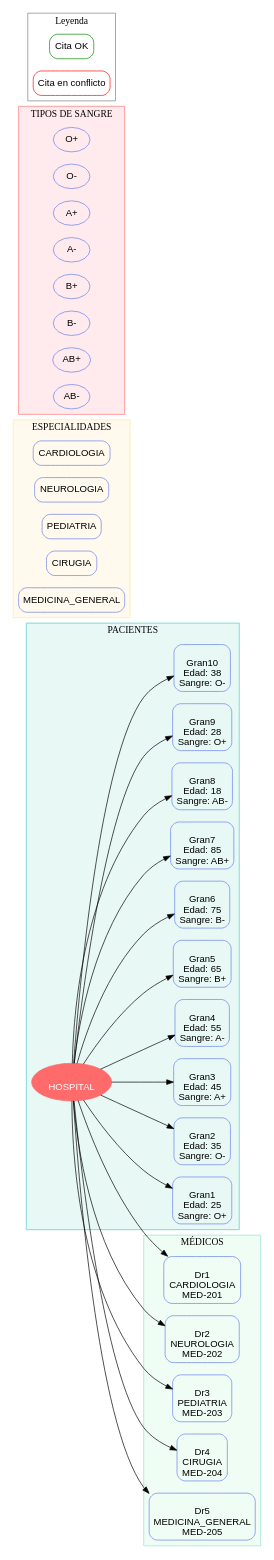
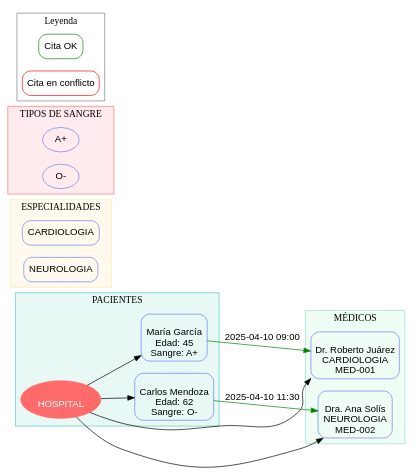
Before and after one commit to JimH0202/1S2026_-LFPA-_-202303768: the diagram in PROYECTO 1/hospital_grafo.dot, drawn with Graphviz. The commit also changed 10 other files, not shown here.

```diff
--- a/PROYECTO 1/hospital_grafo.dot
+++ b/PROYECTO 1/hospital_grafo.dot
@@ -1,92 +1,63 @@
 digraph Hospital {
   rankdir=LR;
   node [shape=box, style=rounded, color="#667eea", fontname="Arial"];
   edge [color="#666", fontname="Arial"];
 
   hospital [label="
 HOSPITAL", shape=ellipse, color="#ff6b6b", fontcolor=white, style=filled];
 
   subgraph cluster_pacientes {
     label="PACIENTES";
     color="#4ecdc4";
     style=filled;
     fillcolor="#e8f8f5";
-    pac_8589 [label="\nGran1\nEdad: 25\nSangre: O+"];
-    hospital -> pac_8589;
-    pac_8994 [label="\nGran2\nEdad: 35\nSangre: O-"];
-    hospital -> pac_8994;
-    pac_6546 [label="\nGran3\nEdad: 45\nSangre: A+"];
-    hospital -> pac_6546;
-    pac_2075 [label="\nGran4\nEdad: 55\nSangre: A-"];
-    hospital -> pac_2075;
-    pac_9594 [label="\nGran5\nEdad: 65\nSangre: B+"];
-    hospital -> pac_9594;
-    pac_5809 [label="\nGran6\nEdad: 75\nSangre: B-"];
-    hospital -> pac_5809;
-    pac_1871 [label="\nGran7\nEdad: 85\nSangre: AB+"];
-    hospital -> pac_1871;
-    pac_5426 [label="\nGran8\nEdad: 18\nSangre: AB-"];
-    hospital -> pac_5426;
-    pac_4722 [label="\nGran9\nEdad: 28\nSangre: O+"];
-    hospital -> pac_4722;
-    pac_7333 [label="\nGran10\nEdad: 38\nSangre: O-"];
-    hospital -> pac_7333;
+    pac_2504 [label="\nMaría García\nEdad: 45\nSangre: A+"];
+    hospital -> pac_2504;
+    pac_803 [label="\nCarlos Mendoza\nEdad: 62\nSangre: O-"];
+    hospital -> pac_803;
   }
 
   subgraph cluster_medicos {
     label="MÉDICOS";
     color="#95e1d3";
     style=filled;
     fillcolor="#f0fdf4";
-    med_7362 [label="\nDr1\nCARDIOLOGIA\nMED-201"];
-    hospital -> med_7362;
-    med_1211 [label="\nDr2\nNEUROLOGIA\nMED-202"];
-    hospital -> med_1211;
-    med_278 [label="\nDr3\nPEDIATRIA\nMED-203"];
-    hospital -> med_278;
-    med_2311 [label="\nDr4\nCIRUGIA\nMED-204"];
-    hospital -> med_2311;
-    med_1065 [label="\nDr5\nMEDICINA_GENERAL\nMED-205"];
-    hospital -> med_1065;
+    med_9689 [label="\nDr. Roberto Juárez\nCARDIOLOGIA\nMED-001"];
+    hospital -> med_9689;
+    med_8193 [label="\nDra. Ana Solís\nNEUROLOGIA\nMED-002"];
+    hospital -> med_8193;
   }
 
   subgraph cluster_citas {
     label="CITAS";
     color="transparent";
+    pac_2504 -> med_9689 [label="2025-04-10 09:00", color="green", style="solid"];
+    pac_803 -> med_8193 [label="2025-04-10 11:30", color="green", style="solid"];
   }
 
   subgraph cluster_especialidades {
     label="ESPECIALIDADES";
     color="#ffeaa7";
     style=filled;
     fillcolor="#fffaed";
     esp_5596 [label="CARDIOLOGIA"];
     esp_6447 [label="NEUROLOGIA"];
-    esp_5286 [label="PEDIATRIA"];
-    esp_7844 [label="CIRUGIA"];
-    esp_8316 [label="MEDICINA_GENERAL"];
   }
 
   subgraph cluster_sangre {
     label="TIPOS DE SANGRE";
     color="#ff7675";
     style=filled;
     fillcolor="#ffebee";
-    sangre_7919 [label="O+", shape=oval];
+    sangre_9105 [label="A+", shape=oval];
     sangre_4697 [label="O-", shape=oval];
-    sangre_9105 [label="A+", shape=oval];
-    sangre_6702 [label="A-", shape=oval];
-    sangre_4122 [label="B+", shape=oval];
-    sangre_2567 [label="B-", shape=oval];
-    sangre_9357 [label="AB+", shape=oval];
-    sangre_6377 [label="AB-", shape=oval];
   }
 
   // Leyenda
   subgraph cluster_legend {
     label="Leyenda";
     color="gray";
     ok_edge [label="Cita OK", color="green"];
     conflict_edge [label="Cita en conflicto", color="red"];
   }
 }
```
